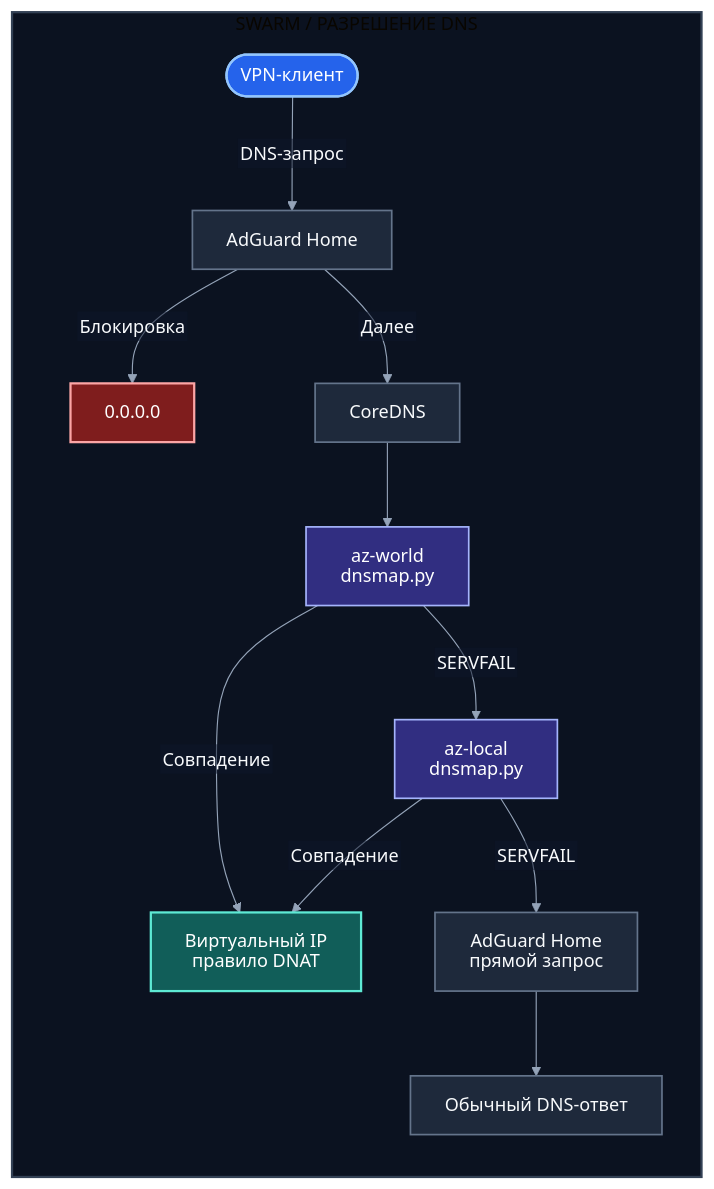
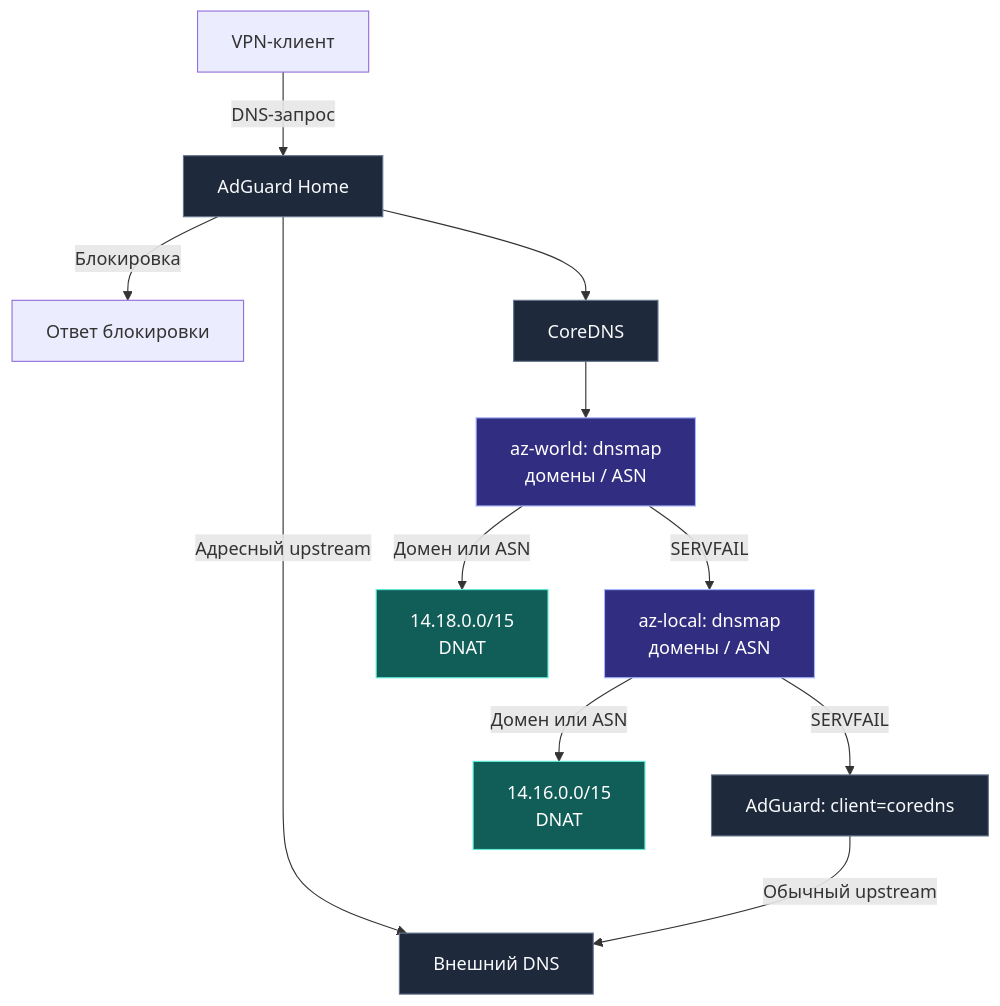
Before and after one commit to xtrime-ru/antizapret-vpn-docker: the first of 3 diagrams in README_RU.md, drawn with Mermaid. The commit also changed other lines of this file and 1 other file, not shown here.

Commit message:
Docs: update routing rules, DNS diagrams and README contents

````diff
--- a/README_RU.md
+++ b/README_RU.md
@@ -410,27 +441,21 @@
 ```mermaid
-%%{init: {"theme":"base","htmlLabels":false,"flowchart":{"htmlLabels":false},"themeVariables":{"primaryTextColor":"#f8fafc","lineColor":"#94a3b8","textColor":"#e2e8f0","edgeLabelBackground":"#0f172a"},"themeCSS":".cluster-label text { fill: #f8fafc !important; } .cluster rect { rx: 18px; ry: 18px; } .node rect { rx: 10px; ry: 10px; }"}}%%
 flowchart TB
-    subgraph canvas["SWARM  /  РАЗРЕШЕНИЕ DNS"]
-        direction TB
-        client([VPN-клиент]) -->|DNS-запрос| adguard[AdGuard Home]
-        adguard -->|Блокировка| deny[0.0.0.0]
-        adguard -->|Далее| core[CoreDNS]
-        core --> world[az-world<br/>dnsmap.py]
-        world -->|Совпадение| mapped[Виртуальный IP<br/>правило DNAT]
-        world -->|SERVFAIL| local[az-local<br/>dnsmap.py]
-        local -->|Совпадение| mapped
-        local -->|SERVFAIL| retry[AdGuard Home<br/>прямой запрос]
-        retry --> normal[Обычный DNS-ответ]
-    end
-    style canvas fill:#0b1220,stroke:#334155,stroke-width:2px,color:#f8fafc
-    classDef client fill:#2563eb,stroke:#93c5fd,stroke-width:2px,color:#ffffff
-    classDef service fill:#1e293b,stroke:#64748b,stroke-width:1.5px,color:#f8fafc
-    classDef exit fill:#312e81,stroke:#a5b4fc,stroke-width:1.5px,color:#ffffff
-    classDef mapped fill:#115e59,stroke:#5eead4,stroke-width:2px,color:#ffffff
-    classDef blocked fill:#7f1d1d,stroke:#fca5a5,stroke-width:2px,color:#ffffff
-    class client client
-    class adguard,core,retry,normal service
-    class world,local exit
-    class mapped mapped
-    class deny blocked
+    client["VPN-клиент"] -->|DNS-запрос| adguard["AdGuard Home"]
+    adguard -->|Блокировка| deny["Ответ блокировки"]
+    adguard -->|Адресный upstream| external["Внешний DNS"]
+    adguard --> core["CoreDNS"]
+    core --> world
+    world["az-world: dnsmap<br/>домены / ASN"]
+    world -->|Домен или ASN| worldip["14.18.0.0/15<br/>DNAT"]
+    world -->|SERVFAIL| local
+    local["az-local: dnsmap<br/>домены / ASN"]
+    local -->|Домен или ASN| localip["14.16.0.0/15<br/>DNAT"]
+    local -->|SERVFAIL| retry["AdGuard: client=coredns"]
+    retry -->|Обычный upstream| external
+    classDef service fill:#1e293b,stroke:#64748b,color:#f8fafc
+    classDef exit fill:#312e81,stroke:#a5b4fc,color:#ffffff
+    classDef mapped fill:#115e59,stroke:#5eead4,color:#ffffff
+    class adguard,core,retry,external service
+    class local,world exit
+    class localip,worldip mapped
 ```
````
